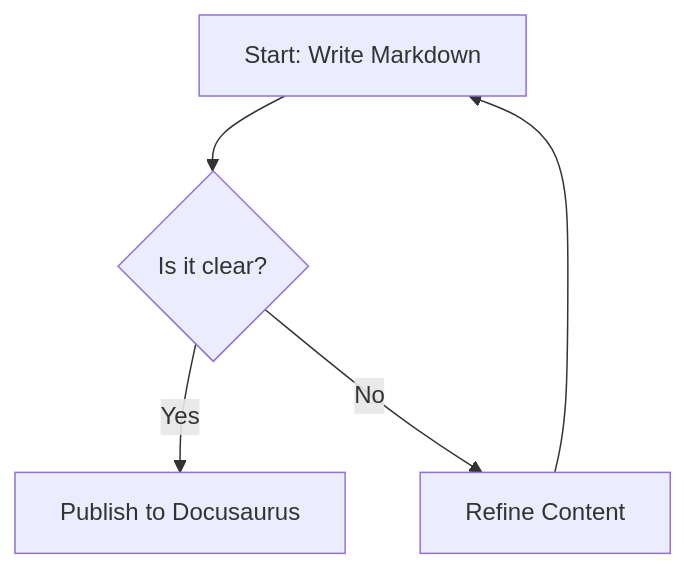
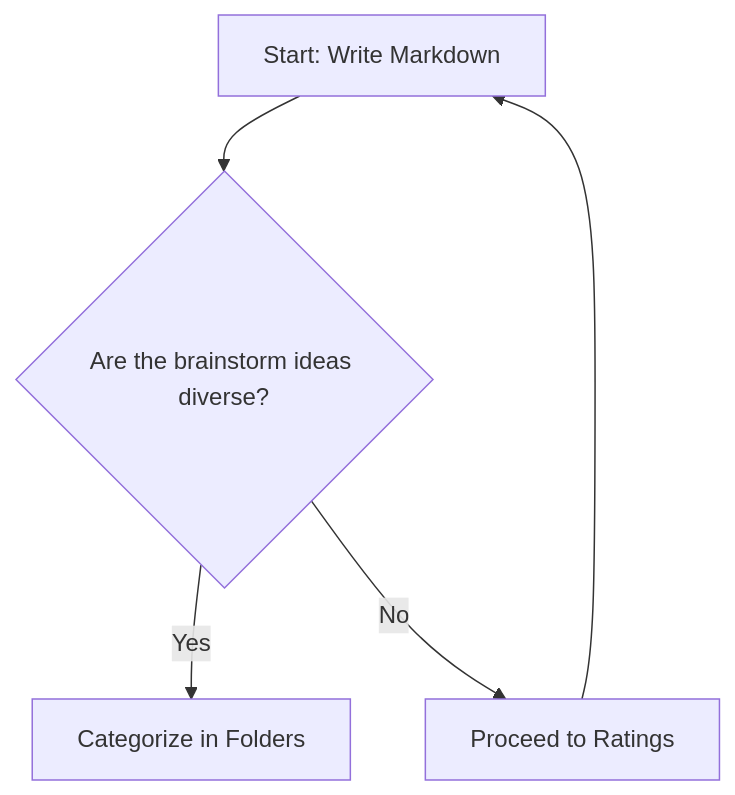
Before and after one commit to jose-salgado81/XLeap-Docs-demo: the diagram in docs/about/Why Knowlege Base.mdx, drawn with Mermaid. The commit also changed other lines of this file and 3 other files, not shown here.

````diff
--- a/docs/about/Why Knowlege Base.mdx
+++ b/docs/about/Why Knowlege Base.mdx
@@ -97,7 +109,7 @@
 ```mermaid
 graph TD
-    A[Start: Write Markdown] --> B{Is it clear?}
-    B -->|Yes| C[Publish to Docusaurus]
-    B -->|No| D[Refine Content]
+    A[Start: Write Markdown] --> B{Are the brainstorm ideas diverse?}
+    B -->|Yes| C[Categorize in Folders]
+    B -->|No| D[Proceed to Ratings]
     D --> A
 ```
````
